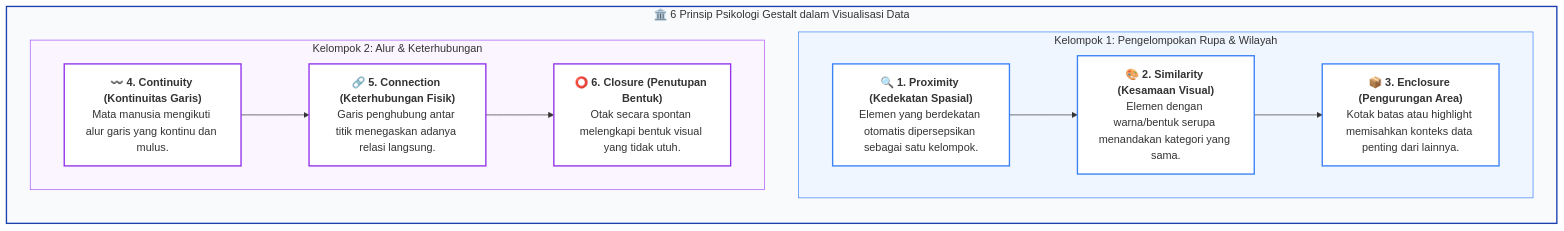
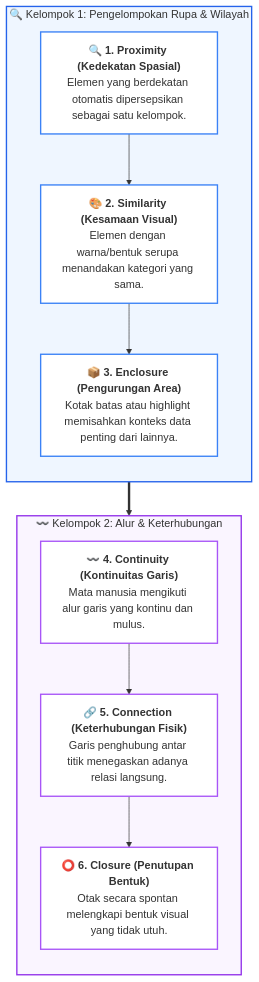
The diagram in docs/visualisasi-data/02-persepsi-visual-gestalt.md (mahendaruui/Perkuliahan), drawn with Mermaid before and after one commit. The commit also changed 1 other file, not shown here.

Commit message:
refactor: simplify Mermaid diagram structure and styling in statistics and Gestalt principle documentation

````diff
--- a/docs/visualisasi-data/02-persepsi-visual-gestalt.md
+++ b/docs/visualisasi-data/02-persepsi-visual-gestalt.md
@@ -39,29 +39,29 @@
 ```mermaid
 flowchart TD
-    subgraph G["🏛️ 6 Prinsip Psikologi Gestalt dalam Visualisasi Data"]
+    subgraph G1to3["🔍 Kelompok 1: Pengelompokan Rupa & Wilayah"]
         direction TB
-        subgraph ColA["Kelompok 1: Pengelompokan Rupa & Wilayah"]
-            G1["🔍 <b>1. Proximity (Kedekatan Spasial)</b><br>Elemen yang berdekatan otomatis dipersepsikan sebagai satu kelompok."]
-            G2["🎨 <b>2. Similarity (Kesamaan Visual)</b><br>Elemen dengan warna/bentuk serupa menandakan kategori yang sama."]
-            G3["📦 <b>3. Enclosure (Pengurungan Area)</b><br>Kotak batas atau highlight memisahkan konteks data penting dari lainnya."]
-        end
-        subgraph ColB["Kelompok 2: Alur & Keterhubungan"]
-            G4["〰️ <b>4. Continuity (Kontinuitas Garis)</b><br>Mata manusia mengikuti alur garis yang kontinu dan mulus."]
-            G5["🔗 <b>5. Connection (Keterhubungan Fisik)</b><br>Garis penghubung antar titik menegaskan adanya relasi langsung."]
-            G6["⭕ <b>6. Closure (Penutupan Bentuk)</b><br>Otak secara spontan melengkapi bentuk visual yang tidak utuh."]
-        end
+        G1["🔍 <b>1. Proximity (Kedekatan Spasial)</b><br>Elemen yang berdekatan otomatis dipersepsikan sebagai satu kelompok."]
+        G2["🎨 <b>2. Similarity (Kesamaan Visual)</b><br>Elemen dengan warna/bentuk serupa menandakan kategori yang sama."]
+        G3["📦 <b>3. Enclosure (Pengurungan Area)</b><br>Kotak batas atau highlight memisahkan konteks data penting dari lainnya."]
+        G1 --> G2 --> G3
     end
 
-    G1 --> G2 --> G3
-    G4 --> G5 --> G6
+    subgraph G4to6["〰️ Kelompok 2: Alur & Keterhubungan"]
+        direction TB
+        G4["〰️ <b>4. Continuity (Kontinuitas Garis)</b><br>Mata manusia mengikuti alur garis yang kontinu dan mulus."]
+        G5["🔗 <b>5. Connection (Keterhubungan Fisik)</b><br>Garis penghubung antar titik menegaskan adanya relasi langsung."]
+        G6["⭕ <b>6. Closure (Penutupan Bentuk)</b><br>Otak secara spontan melengkapi bentuk visual yang tidak utuh."]
+        G4 --> G5 --> G6
+    end
 
-    style G fill:#f8fafc,stroke:#1e40af,stroke-width:2px
-    style ColA fill:#eff6ff,stroke:#3b82f6,stroke-width:1px
-    style ColB fill:#faf5ff,stroke:#a855f7,stroke-width:1px
+    G1to3 ==> G4to6
+
+    style G1to3 fill:#eff6ff,stroke:#2563eb,stroke-width:2px
+    style G4to6 fill:#faf5ff,stroke:#9333ea,stroke-width:2px
     style G1 fill:#ffffff,stroke:#3b82f6,stroke-width:2px
     style G2 fill:#ffffff,stroke:#3b82f6,stroke-width:2px
     style G3 fill:#ffffff,stroke:#3b82f6,stroke-width:2px
-    style G4 fill:#ffffff,stroke:#9333ea,stroke-width:2px
-    style G5 fill:#ffffff,stroke:#9333ea,stroke-width:2px
-    style G6 fill:#ffffff,stroke:#9333ea,stroke-width:2px
+    style G4 fill:#ffffff,stroke:#a855f7,stroke-width:2px
+    style G5 fill:#ffffff,stroke:#a855f7,stroke-width:2px
+    style G6 fill:#ffffff,stroke:#a855f7,stroke-width:2px
 ```
````
